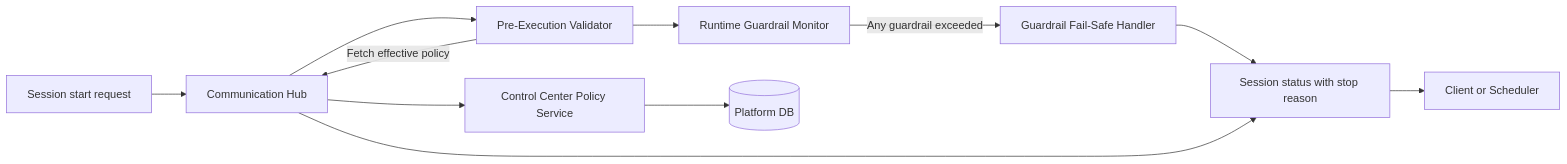
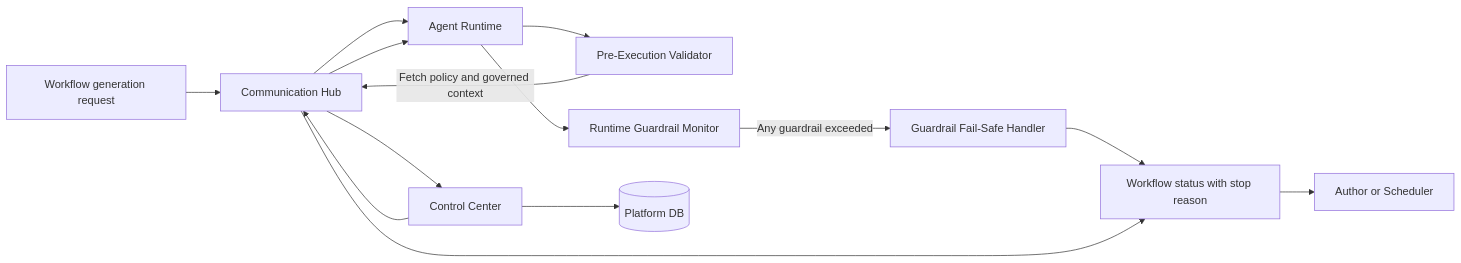
The second of 2 diagrams in docs/master/architecture/system-overview.md (hurungang/parthenon), drawn with Mermaid before and after one commit. The commit also changed other lines of this file and 39 other files, not shown here.

````diff
--- a/docs/master/architecture/system-overview.md
+++ b/docs/master/architecture/system-overview.md
@@ -27,23 +33,27 @@
 ```mermaid
 flowchart LR
-    RQ[Session start request]
+    RQ[Workflow generation request]
     CH[Communication Hub]
+    AR[Agent Runtime]
     PV[Pre-Execution Validator]
     RM[Runtime Guardrail Monitor]
     FS[Guardrail Fail-Safe Handler]
-    CC[Control Center Policy Service]
+    CC[Control Center]
     DB[(Platform DB)]
-    ST[Session status with stop reason]
-    CL[Client or Scheduler]
+    ST[Workflow status with stop reason]
+    CL[Author or Scheduler]
 
     RQ --> CH
-    CH --> PV
-    PV -->|Fetch effective policy| CH
+    CH --> AR
+    AR --> PV
+    PV -->|Fetch policy and governed context| CH
     CH --> CC
     CC --> DB
-    PV --> RM
+    CC --> CH
+    CH --> AR
+    AR --> RM
     RM -->|Any guardrail exceeded| FS
     FS --> ST
     CH --> ST
     ST --> CL
 ```
````
